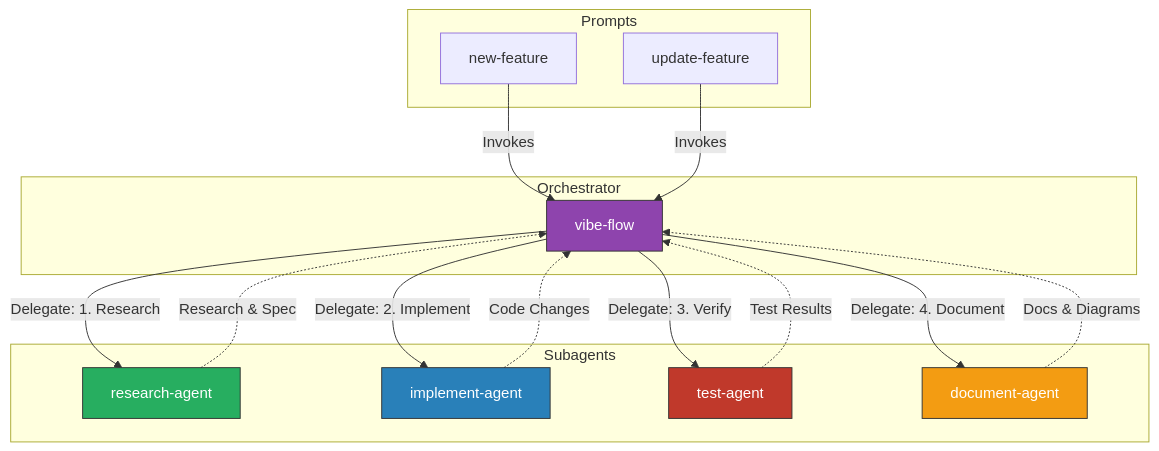
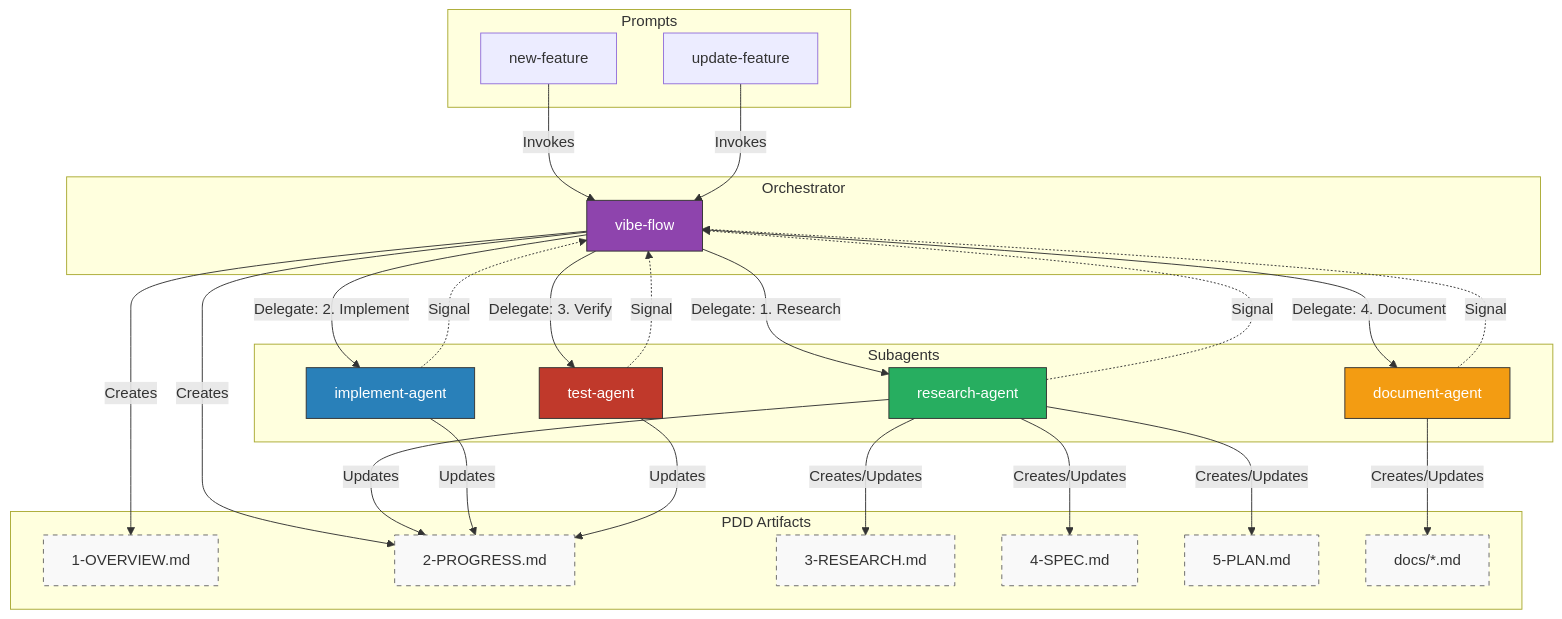
The diagram in README.md (sammykumar/vibe-flow-agent-orchestrator), drawn with Mermaid before and after one commit.

Commit message:
📝 (README.md): update documentation to include PDD artifacts and their flow to enhance clarity on project structure and processes

````diff
--- a/README.md
+++ b/README.md
@@ -23,38 +23,65 @@
 ```mermaid
 graph TD
     subgraph "Prompts"
         NF[new-feature]
         UF[update-feature]
     end
 
     subgraph "Orchestrator"
         VF[vibe-flow]
     end
 
     subgraph "Subagents"
         RA[research-agent]
         IA[implement-agent]
         TA[test-agent]
         DA[document-agent]
     end
 
+    subgraph "PDD Artifacts"
+        F1[1-OVERVIEW.md]
+        F2[2-PROGRESS.md]
+        F3[3-RESEARCH.md]
+        F4[4-SPEC.md]
+        F5[5-PLAN.md]
+        DOCS[docs/*.md]
+    end
+
     NF & UF -->|Invokes| VF
 
+    %% Orchestrator inits
+    VF -->|Creates| F1
+    VF -->|Creates| F2
+
     VF -->|Delegate: 1. Research| RA
-    RA -.->|Research & Spec| VF
+    RA -->|Creates/Updates| F3
+    RA -->|Creates/Updates| F4
+    RA -->|Creates/Updates| F5
+    RA -->|Updates| F2
+    RA -.->|Signal| VF
 
     VF -->|Delegate: 2. Implement| IA
-    IA -.->|Code Changes| VF
+    IA -->|Updates| F2
+    IA -.->|Signal| VF
 
     VF -->|Delegate: 3. Verify| TA
-    TA -.->|Test Results| VF
+    TA -->|Updates| F2
+    TA -.->|Signal| VF
 
     VF -->|Delegate: 4. Document| DA
-    DA -.->|Docs & Diagrams| VF
+    DA -->|Creates/Updates| DOCS
+    DA -.->|Signal| VF
 
     style VF fill:#8e44ad,stroke:#333,color:#fff
     style RA fill:#27ae60,stroke:#333,color:#fff
     style IA fill:#2980b9,stroke:#333,color:#fff
     style TA fill:#c0392b,stroke:#333,color:#fff
     style DA fill:#f39c12,stroke:#333,color:#fff
+
+    style F1 fill:#f9f9f9,stroke:#666,stroke-dasharray: 5 5
+    style F2 fill:#f9f9f9,stroke:#666,stroke-dasharray: 5 5
+    style F3 fill:#f9f9f9,stroke:#666,stroke-dasharray: 5 5
+    style F4 fill:#f9f9f9,stroke:#666,stroke-dasharray: 5 5
+    style F5 fill:#f9f9f9,stroke:#666,stroke-dasharray: 5 5
+    style DOCS fill:#f9f9f9,stroke:#666,stroke-dasharray: 5 5
 ```
````
